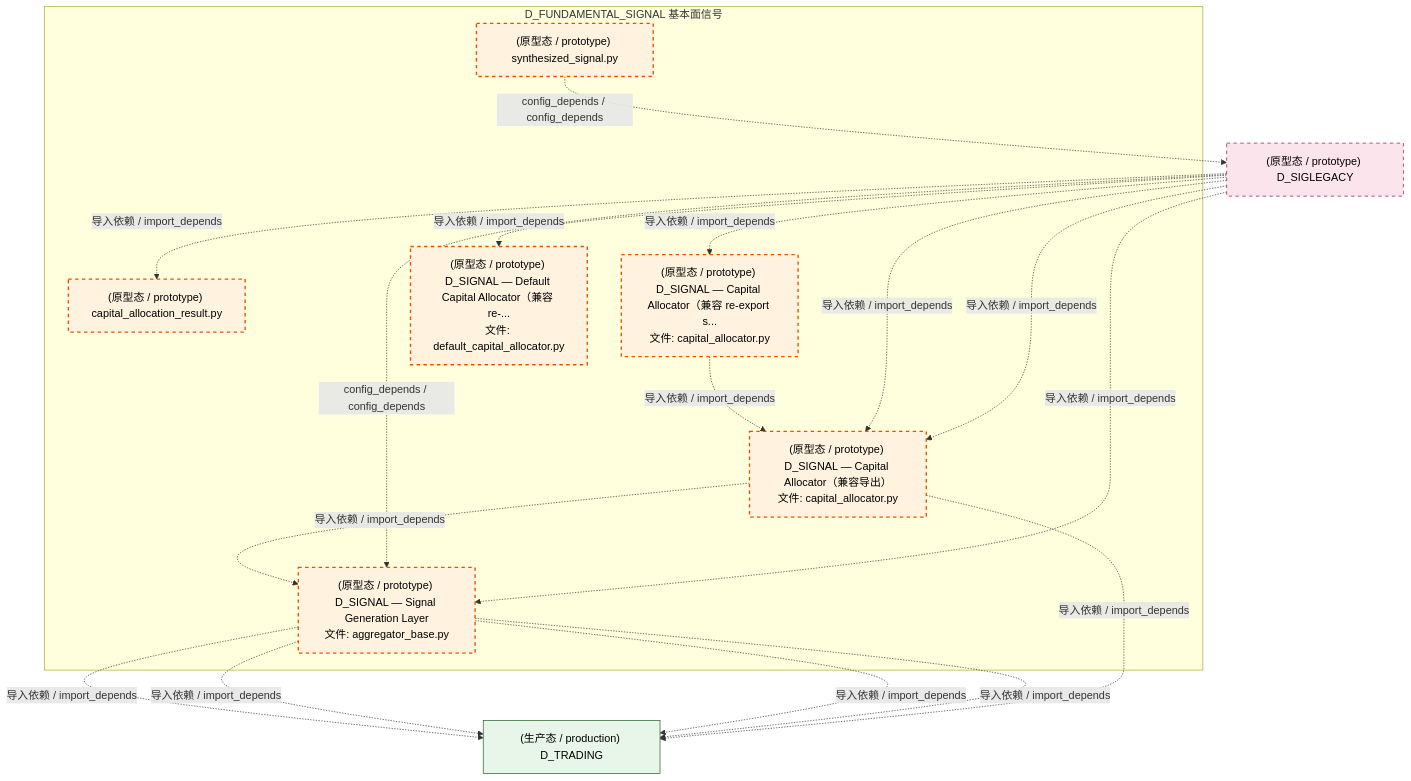
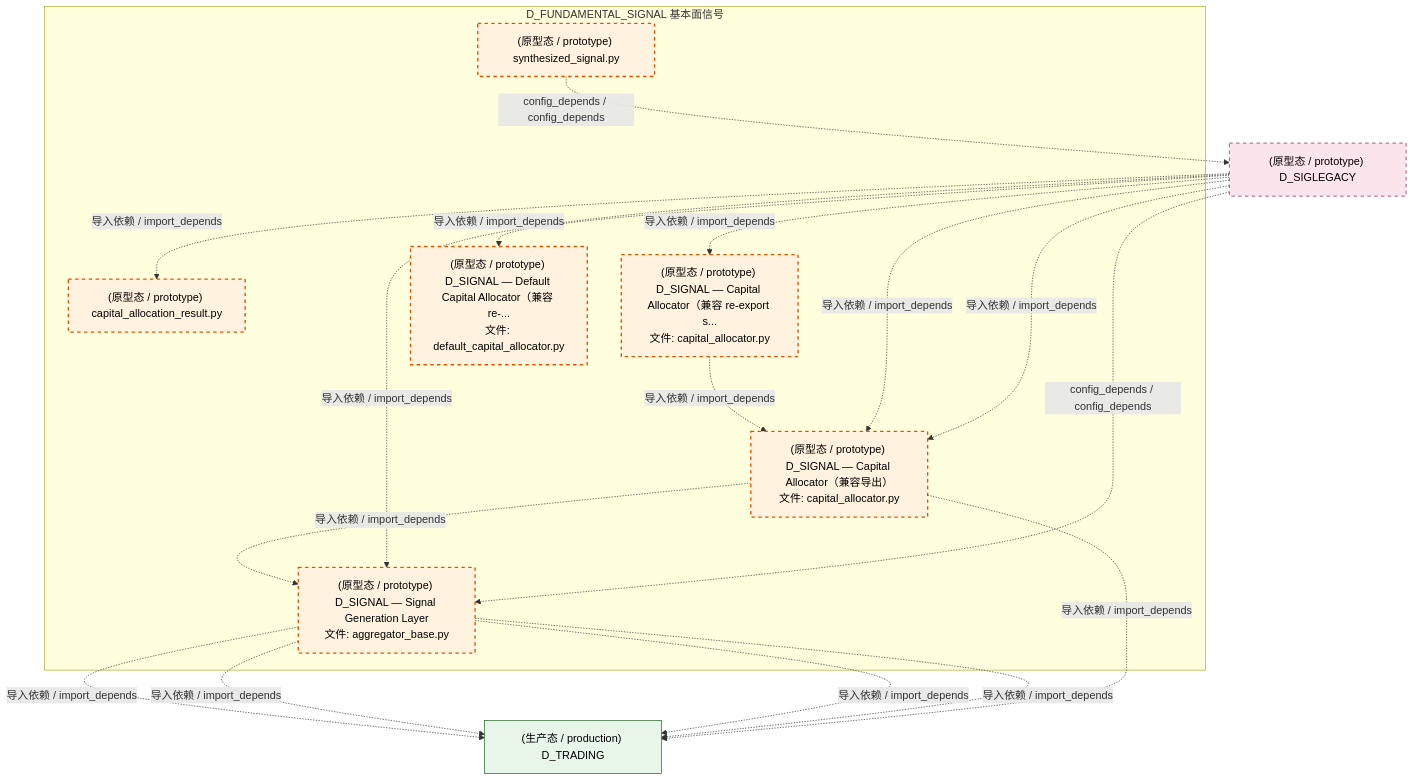
One commit to xuanFelixVan/ZephyrAlpha changed the third of 4 diagrams in docs/02_enterprise_architecture/02_domain_architecture_docs/37_d_fundamental_signal.md. Above: the diagram before and after it, drawn with Mermaid. The commit also changed other lines of this file and 126 other files, not shown here.

````diff
--- a/docs/02_enterprise_architecture/02_domain_architecture_docs/37_d_fundamental_signal.md
+++ b/docs/02_enterprise_architecture/02_domain_architecture_docs/37_d_fundamental_signal.md
@@ -177,35 +177,35 @@
 ```mermaid
 graph TD
     subgraph D_FUNDAMENTAL_SIGNAL["D_FUNDAMENTAL_SIGNAL 基本面信号"]
         src_zephyr_signal_fundamental_capital_capital_allocation_result_py["(原型态 / prototype) capital_allocation_result.py"]
         src_zephyr_signal_fundamental_capital_capital_allocator_py["(原型态 / prototype) D_SIGNAL — Capital Allocator（兼容 re-export s...<br/>文件: capital_allocator.py"]
         src_zephyr_signal_fundamental_capital_default_capital_allocator_py["(原型态 / prototype) D_SIGNAL — Default Capital Allocator（兼容 re-...<br/>文件: default_capital_allocator.py"]
         src_zephyr_signal_fundamental_combiner_synthesized_signal_py["(原型态 / prototype) synthesized_signal.py"]
         src_zephyr_signal_fundamental_gen_aggregator_base_py["(原型态 / prototype) D_SIGNAL — Signal Generation Layer<br/>文件: aggregator_base.py"]
         src_zephyr_signal_fundamental_strategy_capital_allocator_py["(原型态 / prototype) D_SIGNAL — Capital Allocator（兼容导出）<br/>文件: capital_allocator.py"]
     end
     src_zephyr_signal_fundamental_capital_capital_allocator_py -.->|导入依赖 / import_depends| src_zephyr_signal_fundamental_strategy_capital_allocator_py
     src_zephyr_signal_fundamental_strategy_capital_allocator_py -.->|导入依赖 / import_depends| src_zephyr_signal_fundamental_gen_aggregator_base_py
     D_SIGLEGACY["(原型态 / prototype) D_SIGLEGACY"]
     src_zephyr_signal_fundamental_combiner_synthesized_signal_py -.->|config_depends / config_depends| D_SIGLEGACY
     D_TRADING["(生产态 / production) D_TRADING"]
     src_zephyr_signal_fundamental_gen_aggregator_base_py -.->|导入依赖 / import_depends| D_TRADING
     src_zephyr_signal_fundamental_gen_aggregator_base_py -.->|导入依赖 / import_depends| D_TRADING
     src_zephyr_signal_fundamental_gen_aggregator_base_py -.->|导入依赖 / import_depends| D_TRADING
     src_zephyr_signal_fundamental_gen_aggregator_base_py -.->|导入依赖 / import_depends| D_TRADING
     src_zephyr_signal_fundamental_strategy_capital_allocator_py -.->|导入依赖 / import_depends| D_TRADING
     D_SIGLEGACY -.->|导入依赖 / import_depends| src_zephyr_signal_fundamental_capital_capital_allocation_result_py
     D_SIGLEGACY -.->|导入依赖 / import_depends| src_zephyr_signal_fundamental_capital_capital_allocator_py
+    D_SIGLEGACY -.->|导入依赖 / import_depends| src_zephyr_signal_fundamental_capital_default_capital_allocator_py
+    D_SIGLEGACY -.->|导入依赖 / import_depends| src_zephyr_signal_fundamental_gen_aggregator_base_py
+    D_SIGLEGACY -.->|导入依赖 / import_depends| src_zephyr_signal_fundamental_strategy_capital_allocator_py
     D_SIGLEGACY -.->|导入依赖 / import_depends| src_zephyr_signal_fundamental_strategy_capital_allocator_py
     D_SIGLEGACY -.->|config_depends / config_depends| src_zephyr_signal_fundamental_gen_aggregator_base_py
-    D_SIGLEGACY -.->|导入依赖 / import_depends| src_zephyr_signal_fundamental_strategy_capital_allocator_py
-    D_SIGLEGACY -.->|导入依赖 / import_depends| src_zephyr_signal_fundamental_gen_aggregator_base_py
-    D_SIGLEGACY -.->|导入依赖 / import_depends| src_zephyr_signal_fundamental_capital_default_capital_allocator_py
     classDef production fill:#e1f5fe,stroke:#01579b,stroke-width:2px,color:#000
     classDef design fill:#fff3e0,stroke:#e65100,stroke-width:2px,color:#000,stroke-dasharray: 5 5
     classDef external_prod fill:#e8f5e9,stroke:#1b5e20,stroke-width:1px,color:#000
     classDef external_design fill:#fce4ec,stroke:#880e4f,stroke-width:1px,color:#000,stroke-dasharray: 5 5
     class src_zephyr_signal_fundamental_capital_capital_allocation_result_py,src_zephyr_signal_fundamental_capital_capital_allocator_py,src_zephyr_signal_fundamental_capital_default_capital_allocator_py,src_zephyr_signal_fundamental_combiner_synthesized_signal_py,src_zephyr_signal_fundamental_gen_aggregator_base_py,src_zephyr_signal_fundamental_strategy_capital_allocator_py design
     class D_TRADING external_prod
     class D_SIGLEGACY external_design
 ```
````
